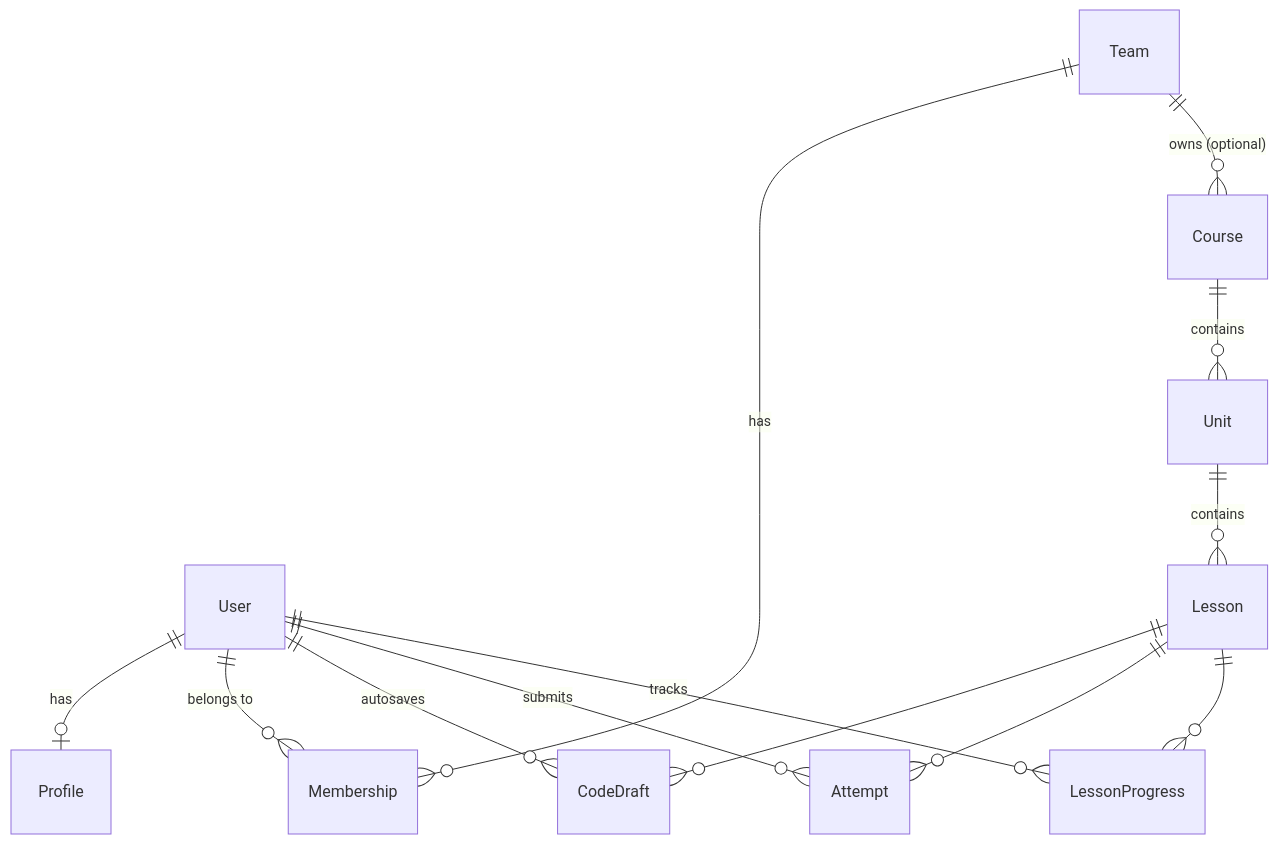
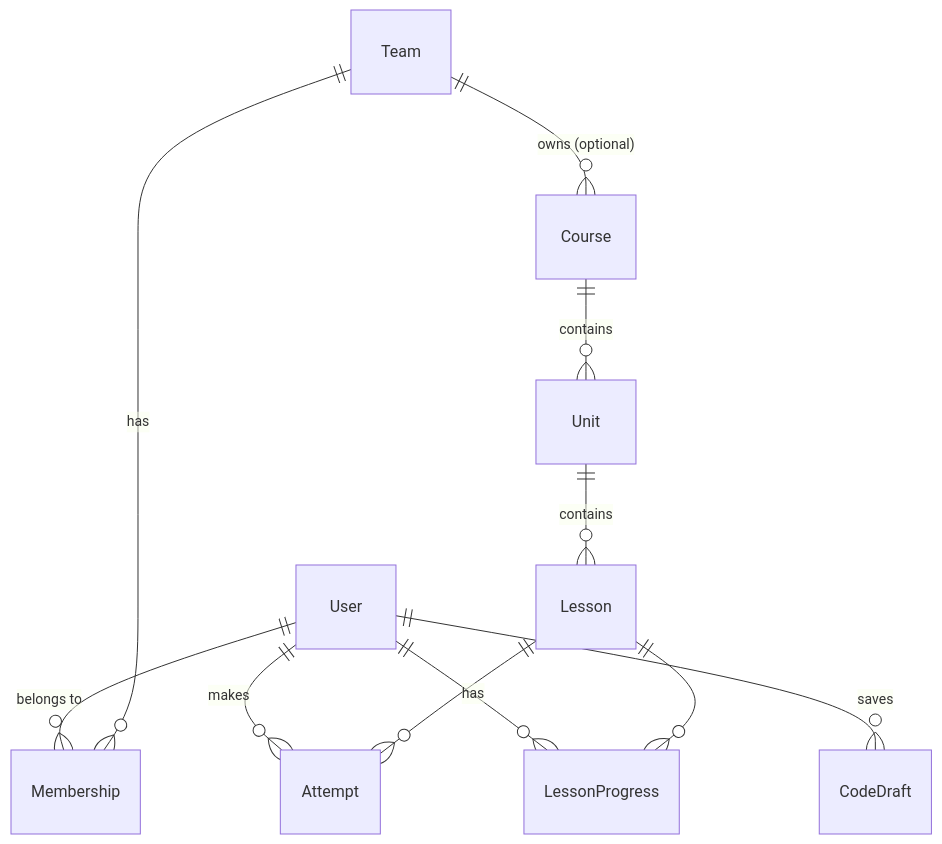
One commit to kristoferfosmoe/python-trainer changed the second of 2 diagrams in docs/ARCHITECTURE.md. Above: the diagram before and after it, drawn with Mermaid. The commit also changed other lines of this file and 2 other files, not shown here.

````diff
--- a/docs/ARCHITECTURE.md
+++ b/docs/ARCHITECTURE.md
@@ -443,15 +450,13 @@
 ```mermaid
 erDiagram
-  User ||--o| Profile : has
   User ||--o{ Membership : "belongs to"
   Team ||--o{ Membership : has
   Team ||--o{ Course : "owns (optional)"
   Course ||--o{ Unit : contains
   Unit ||--o{ Lesson : contains
-  User ||--o{ CodeDraft : autosaves
-  User ||--o{ Attempt : submits
-  User ||--o{ LessonProgress : tracks
-  Lesson ||--o{ CodeDraft : ""
+  User ||--o{ CodeDraft : saves
+  User ||--o{ Attempt : makes
+  User ||--o{ LessonProgress : has
   Lesson ||--o{ Attempt : ""
   Lesson ||--o{ LessonProgress : ""
 ```
````
